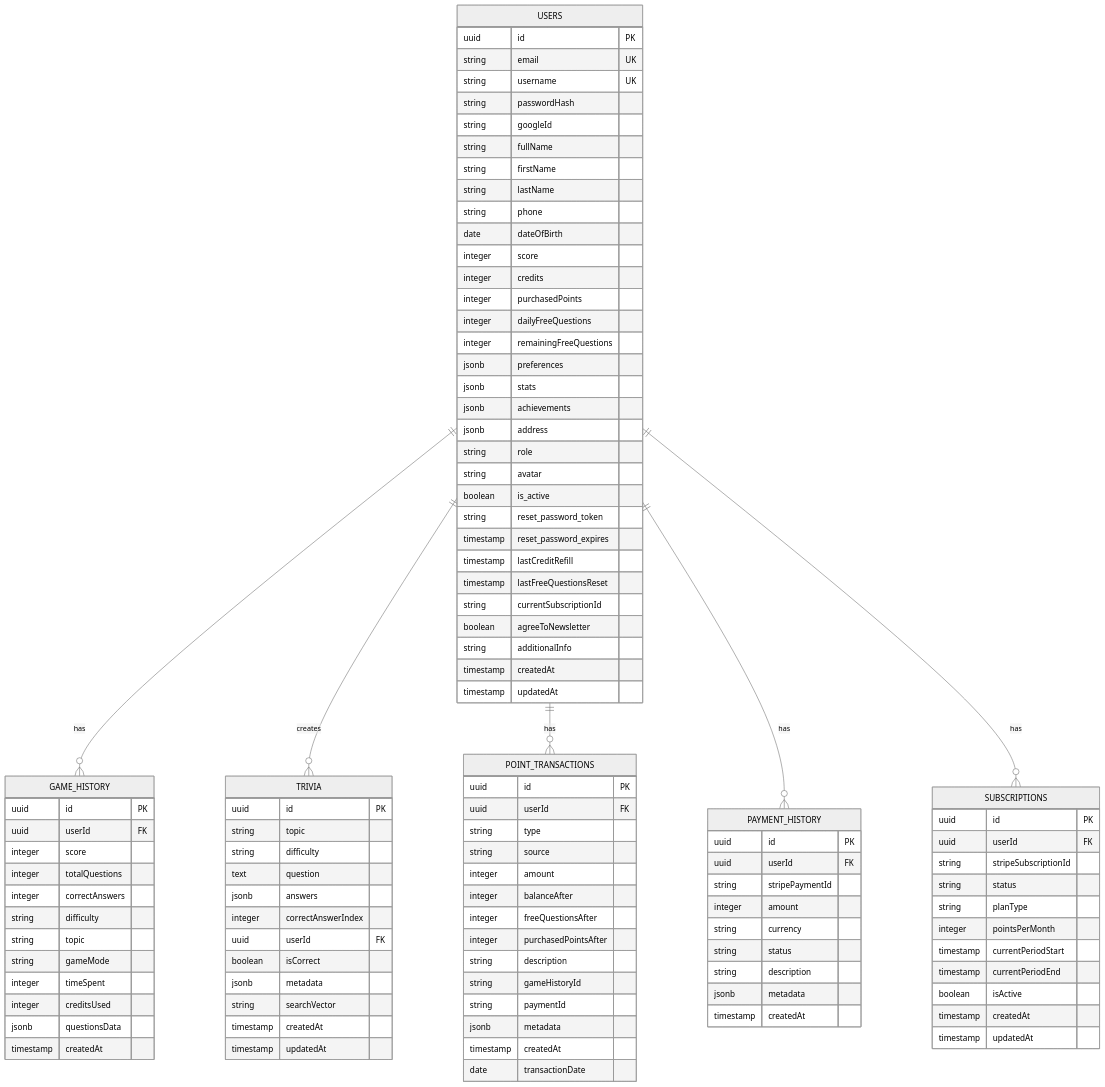
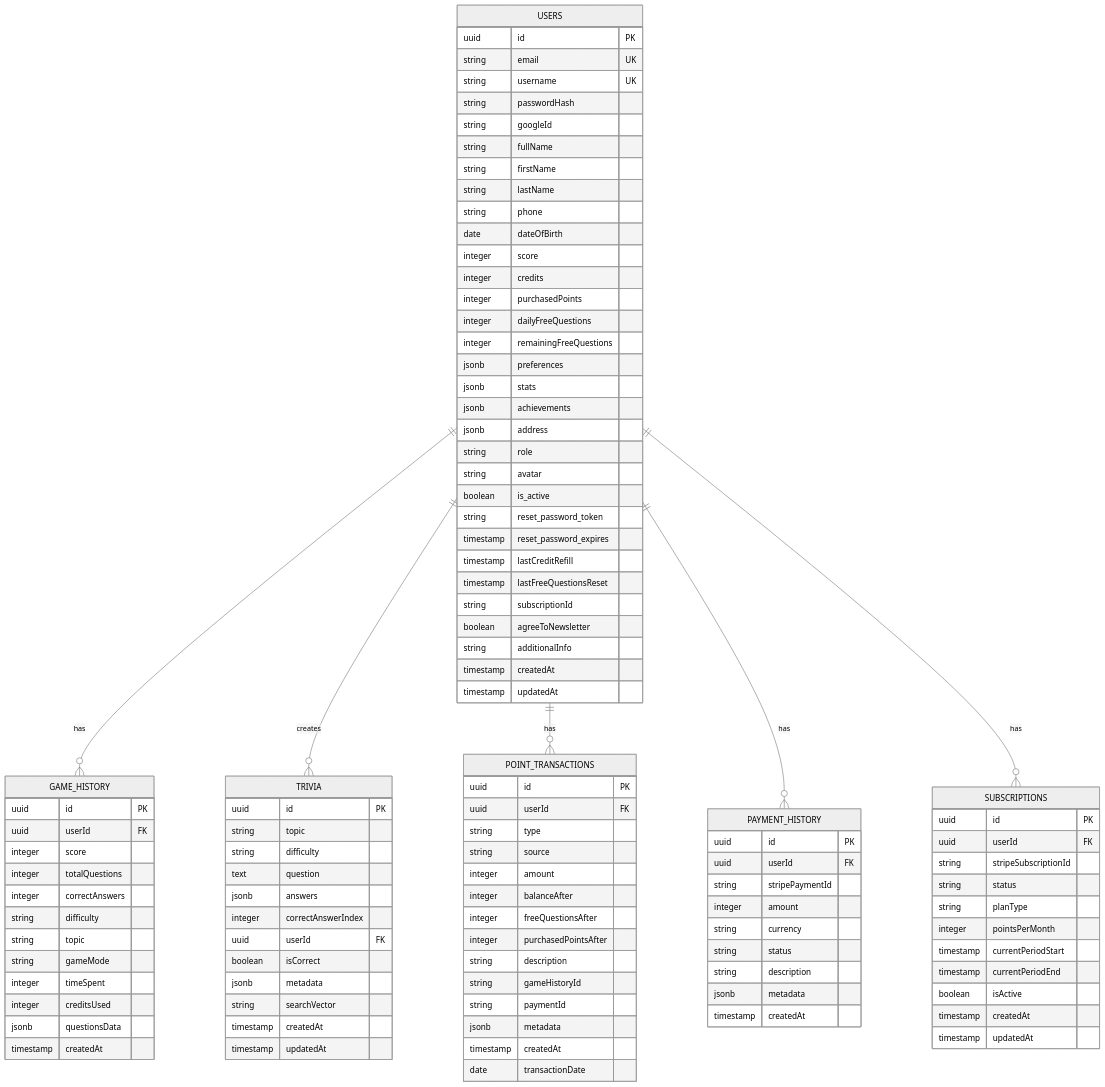
Before and after one commit to IsraelRub/EveryTriv: diagram 13 of 31 in docs/DIAGRAMS.md, drawn with Mermaid (neutral theme). The commit also changed other lines of this file and 147 other files, not shown here.

Commit message:
Enhance documentation and update various components, including animation, form validation, and game state management. Added new architecture and deployment documentation, while removing outdated files. Improved code comments and structure for better clarity.

```diff
--- a/docs/DIAGRAMS.md
+++ b/docs/DIAGRAMS.md
@@ -783,7 +1346,7 @@
         timestamp reset_password_expires
         timestamp lastCreditRefill
         timestamp lastFreeQuestionsReset
-        string currentSubscriptionId
+        string subscriptionId
         boolean agreeToNewsletter
         string additionalInfo
         timestamp createdAt
```
